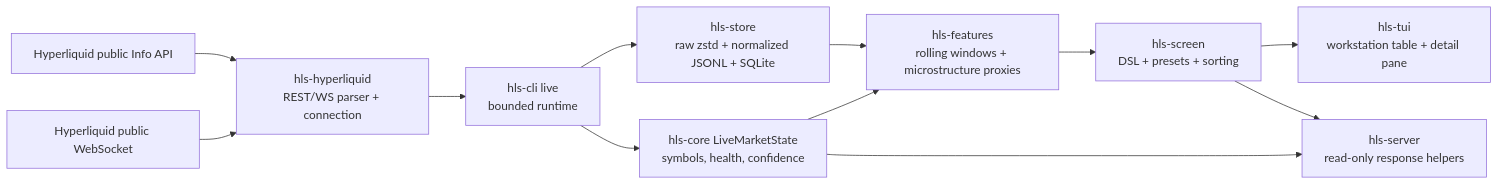
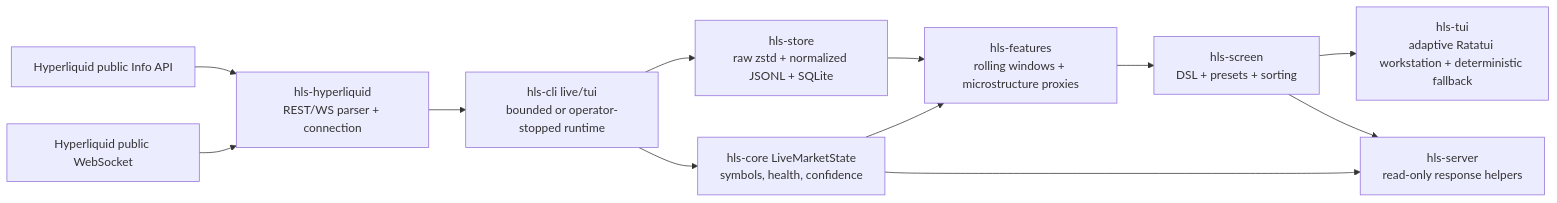
Before and after one commit to rsitech-ai/hlscreen: the first of 4 diagrams in docs/architecture.md, drawn with Mermaid. The commit also changed other lines of this file and 39 other files, not shown here.

Commit message:
fix: harden live workstation release path

````diff
--- a/docs/architecture.md
+++ b/docs/architecture.md
@@ -9,25 +9,25 @@
 ```mermaid
 flowchart LR
     HLREST["Hyperliquid public Info API"]
     HLWS["Hyperliquid public WebSocket"]
     Adapter["hls-hyperliquid\nREST/WS parser + connection"]
-    Live["hls-cli live\nbounded runtime"]
+    Live["hls-cli live/tui\nbounded or operator-stopped runtime"]
     Recorder["hls-store\nraw zstd + normalized JSONL + SQLite"]
     State["hls-core LiveMarketState\nsymbols, health, confidence"]
     Features["hls-features\nrolling windows + microstructure proxies"]
     Screen["hls-screen\nDSL + presets + sorting"]
-    Tui["hls-tui\nworkstation table + detail pane"]
+    Tui["hls-tui\nadaptive Ratatui workstation + deterministic fallback"]
     Server["hls-server\nread-only response helpers"]
 
     HLREST --> Adapter
     HLWS --> Adapter
     Adapter --> Live
     Live --> Recorder
     Live --> State
     State --> Features
     Recorder --> Features
     Features --> Screen
     Screen --> Tui
     State --> Server
     Screen --> Server
 ```
````
